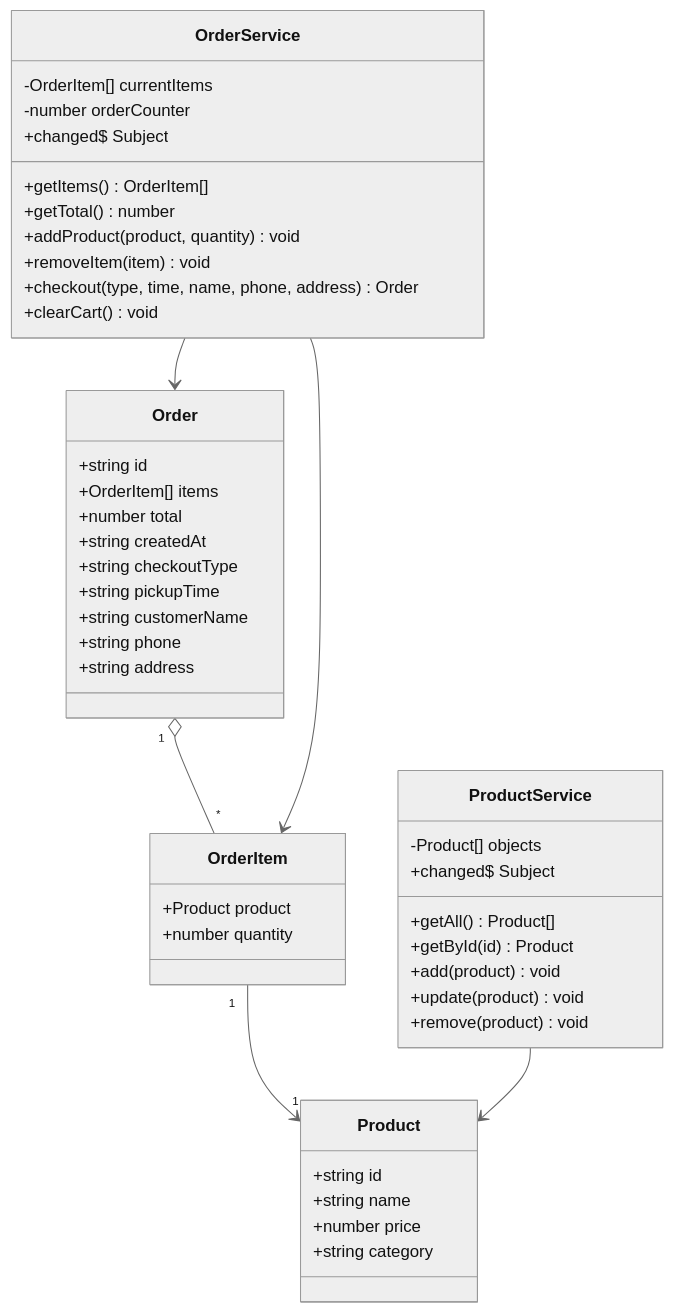
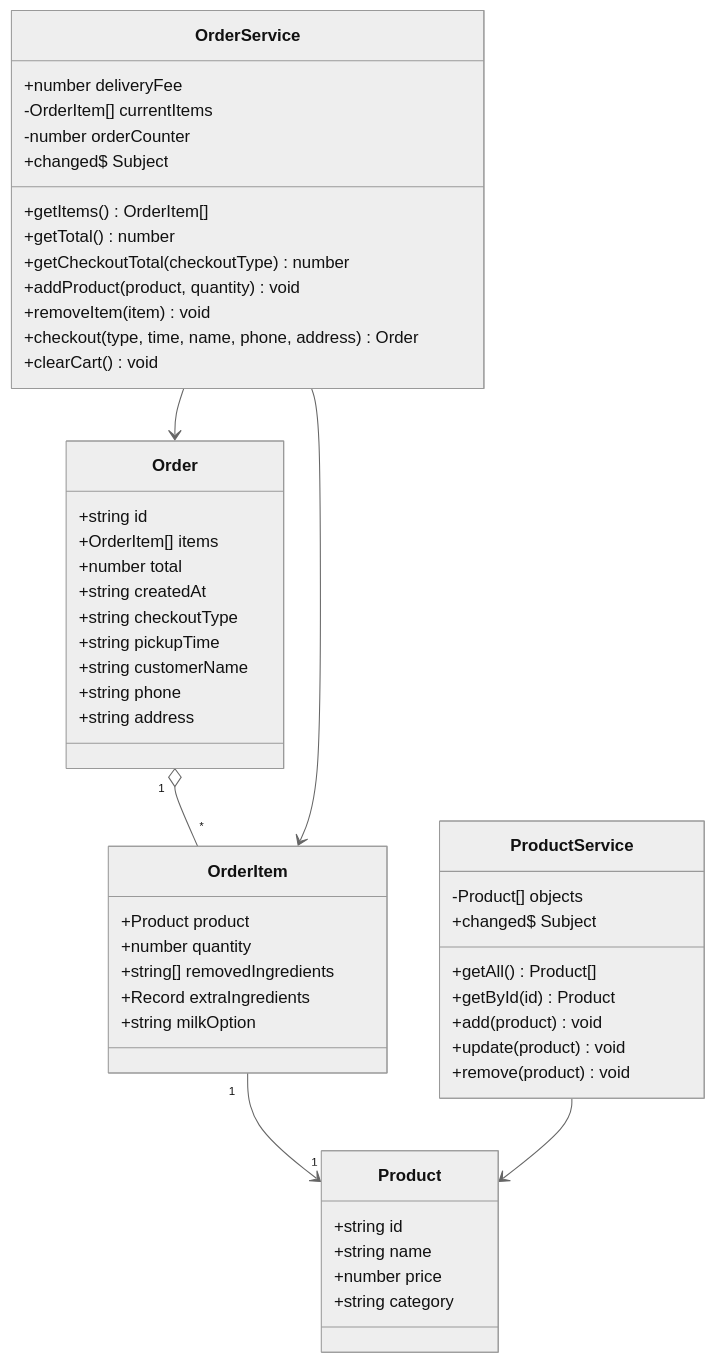
Before and after one commit to denisaandreea-a/McDenisa-Website-Pruefung: the first of 4 diagrams in docs/wiki.md, drawn with Mermaid (neutral theme). The commit also changed other lines of this file and 14 other files, not shown here.

````diff
--- a/docs/wiki.md
+++ b/docs/wiki.md
@@ -285,54 +286,59 @@
 ```mermaid
 classDiagram
   class Product {
     +string id
     +string name
     +number price
     +string category
   }
 
   class OrderItem {
     +Product product
     +number quantity
+    +string[] removedIngredients
+    +Record extraIngredients
+    +string milkOption
   }
 
   class Order {
     +string id
     +OrderItem[] items
     +number total
     +string createdAt
     +string checkoutType
     +string pickupTime
     +string customerName
     +string phone
     +string address
   }
 
   class ProductService {
     -Product[] objects
     +changed$ Subject
     +getAll() Product[]
     +getById(id) Product
     +add(product) void
     +update(product) void
     +remove(product) void
   }
 
   class OrderService {
+    +number deliveryFee
     -OrderItem[] currentItems
     -number orderCounter
     +changed$ Subject
     +getItems() OrderItem[]
     +getTotal() number
+    +getCheckoutTotal(checkoutType) number
     +addProduct(product, quantity) void
     +removeItem(item) void
     +checkout(type, time, name, phone, address) Order
     +clearCart() void
   }
 
   Order "1" o-- "*" OrderItem
   OrderItem "1" --> "1" Product
   ProductService --> Product
   OrderService --> Order
   OrderService --> OrderItem
 ```
````
